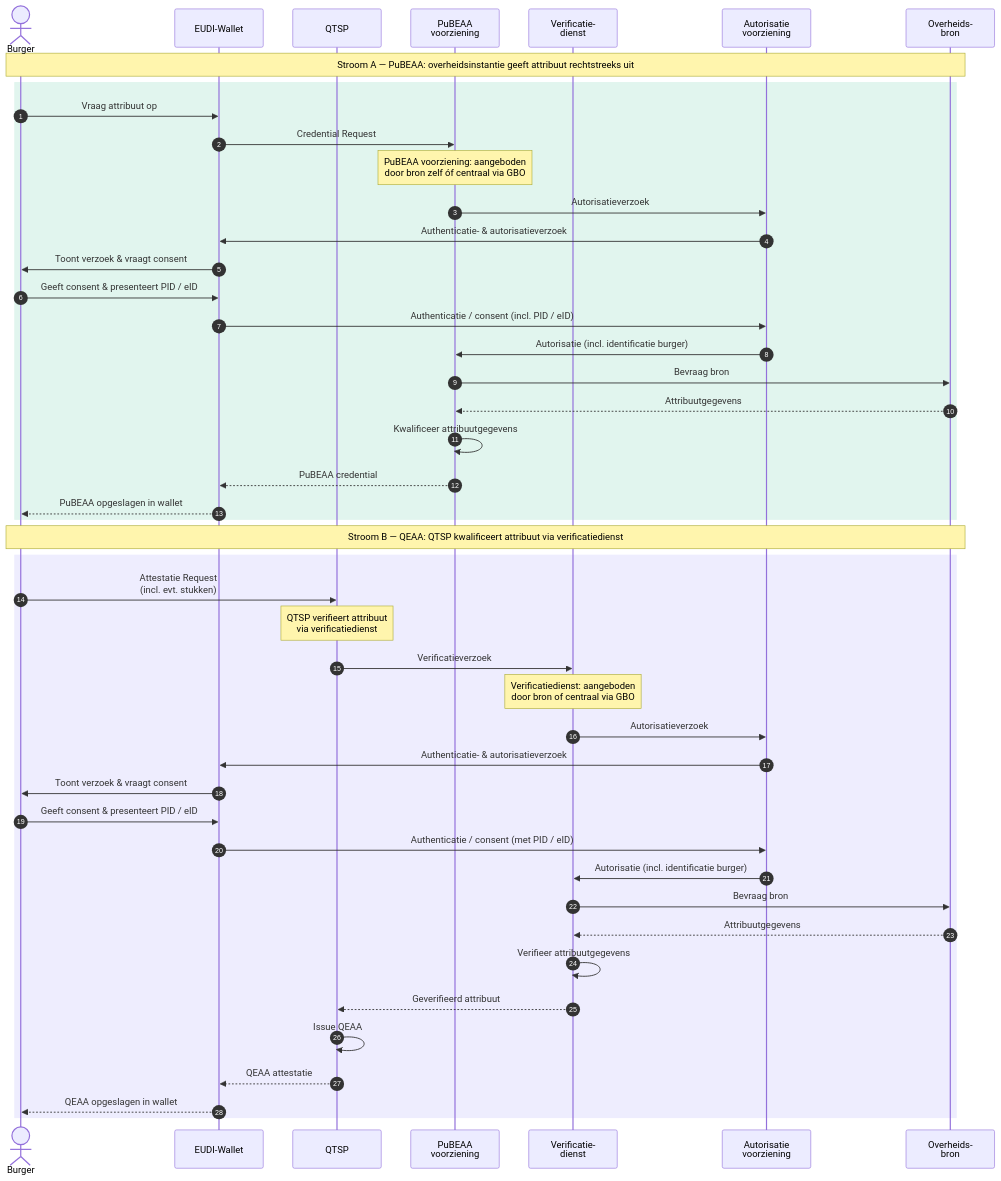
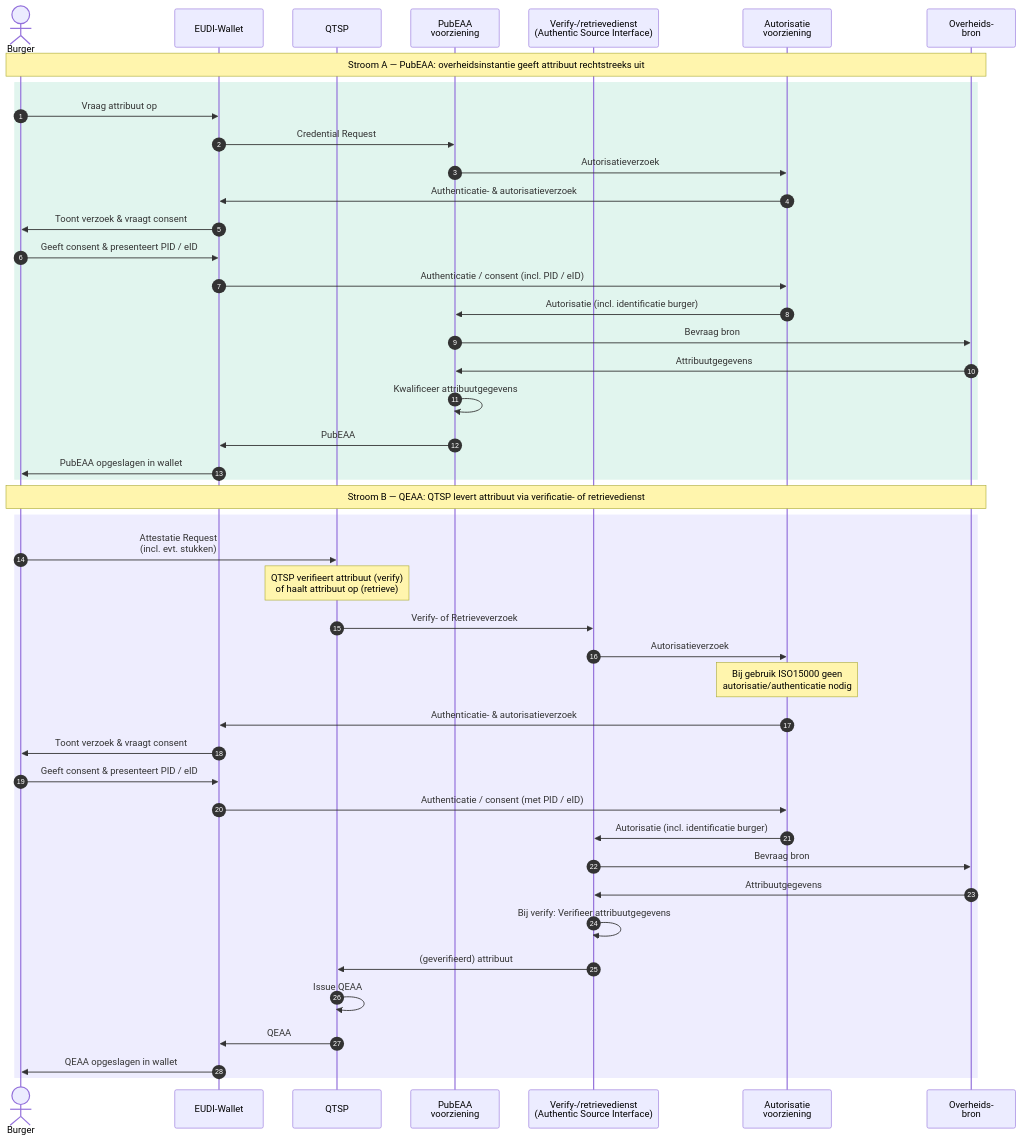
One commit to ICTU/GBO-PSA changed the diagram in docs/diagrammen/interactiepatroon-EUDI-Wallet.mmd. Above: the diagram before and after it, drawn with Mermaid. The commit also changed 17 other files, not shown here.

```diff
--- a/docs/diagrammen/interactiepatroon-EUDI-Wallet.mmd
+++ b/docs/diagrammen/interactiepatroon-EUDI-Wallet.mmd
@@ -1,50 +1,49 @@
 sequenceDiagram
     autonumber
     actor Burger
     participant Wallet as EUDI-Wallet
     participant QTSP as QTSP
-    participant PubEAA as PuBEAA<br/>voorziening
-    participant VerifDienst as Verificatie-<br/>dienst
+    participant PubEAA as PubEAA<br/>voorziening
+    participant VerifDienst as Verify-/retrievedienst<br/>(Authentic Source Interface)
     participant Auth as Autorisatie<br/>voorziening
     participant Bron as Overheids-<br/>bron
 
-    Note over Burger,Bron: Stroom A — PuBEAA: overheidsinstantie geeft attribuut rechtstreeks uit
+    Note over Burger,Bron: Stroom A — PubEAA: overheidsinstantie geeft attribuut rechtstreeks uit
 
     rect rgb(225, 245, 238)
         Burger->>Wallet: Vraag attribuut op
         Wallet->>PubEAA: Credential Request
-        Note over PubEAA: PuBEAA voorziening: aangeboden<br/>door bron zelf óf centraal via GBO
         PubEAA->>Auth: Autorisatieverzoek
         Auth->>Wallet: Authenticatie- & autorisatieverzoek
         Wallet->>Burger: Toont verzoek & vraagt consent
         Burger->>Wallet: Geeft consent & presenteert PID / eID
         Wallet->>Auth: Authenticatie / consent (incl. PID / eID)
         Auth->>PubEAA: Autorisatie (incl. identificatie burger)
         PubEAA->>Bron: Bevraag bron
-        Bron-->>PubEAA: Attribuutgegevens
+        Bron->>PubEAA: Attribuutgegevens
         PubEAA->>PubEAA: Kwalificeer attribuutgegevens
-        PubEAA-->>Wallet: PuBEAA credential
-        Wallet-->>Burger: PuBEAA opgeslagen in wallet
+        PubEAA->>Wallet: PubEAA
+        Wallet->>Burger: PubEAA opgeslagen in wallet
     end
 
-    Note over Burger,Bron: Stroom B — QEAA: QTSP kwalificeert attribuut via verificatiedienst
+    Note over Burger,Bron: Stroom B — QEAA: QTSP levert attribuut via verificatie- of retrievedienst
 
     rect rgb(238, 237, 254)
         Burger->>QTSP: Attestatie Request<br />(incl. evt. stukken)
-        Note over QTSP: QTSP verifieert attribuut<br/>via verificatiedienst
-        QTSP->>VerifDienst: Verificatieverzoek
-        Note over VerifDienst: Verificatiedienst: aangeboden<br/>door bron of centraal via GBO
+        Note over QTSP: QTSP verifieert attribuut (verify)<br/>of haalt attribuut op (retrieve)
+        QTSP->>VerifDienst: Verify- of Retrieveverzoek
         VerifDienst->>Auth: Autorisatieverzoek
+        Note over Auth: Bij gebruik ISO15000 geen<br/>autorisatie/authenticatie nodig
         Auth->>Wallet: Authenticatie- & autorisatieverzoek
         Wallet->>Burger: Toont verzoek & vraagt consent
         Burger->>Wallet: Geeft consent & presenteert PID / eID
         Wallet->>Auth: Authenticatie / consent (met PID / eID)
         Auth->>VerifDienst: Autorisatie (incl. identificatie burger)
         VerifDienst->>Bron: Bevraag bron
-        Bron-->>VerifDienst: Attribuutgegevens
-        VerifDienst->>VerifDienst: Verifieer attribuutgegevens
-        VerifDienst-->>QTSP: Geverifieerd attribuut
+        Bron->>VerifDienst: Attribuutgegevens
+        VerifDienst->>VerifDienst: Bij verify: Verifieer attribuutgegevens
+        VerifDienst->>QTSP: (geverifieerd) attribuut
         QTSP->>QTSP: Issue QEAA
-        QTSP-->>Wallet: QEAA attestatie
-        Wallet-->>Burger: QEAA opgeslagen in wallet
+        QTSP->>Wallet: QEAA
+        Wallet->>Burger: QEAA opgeslagen in wallet
     end
```
